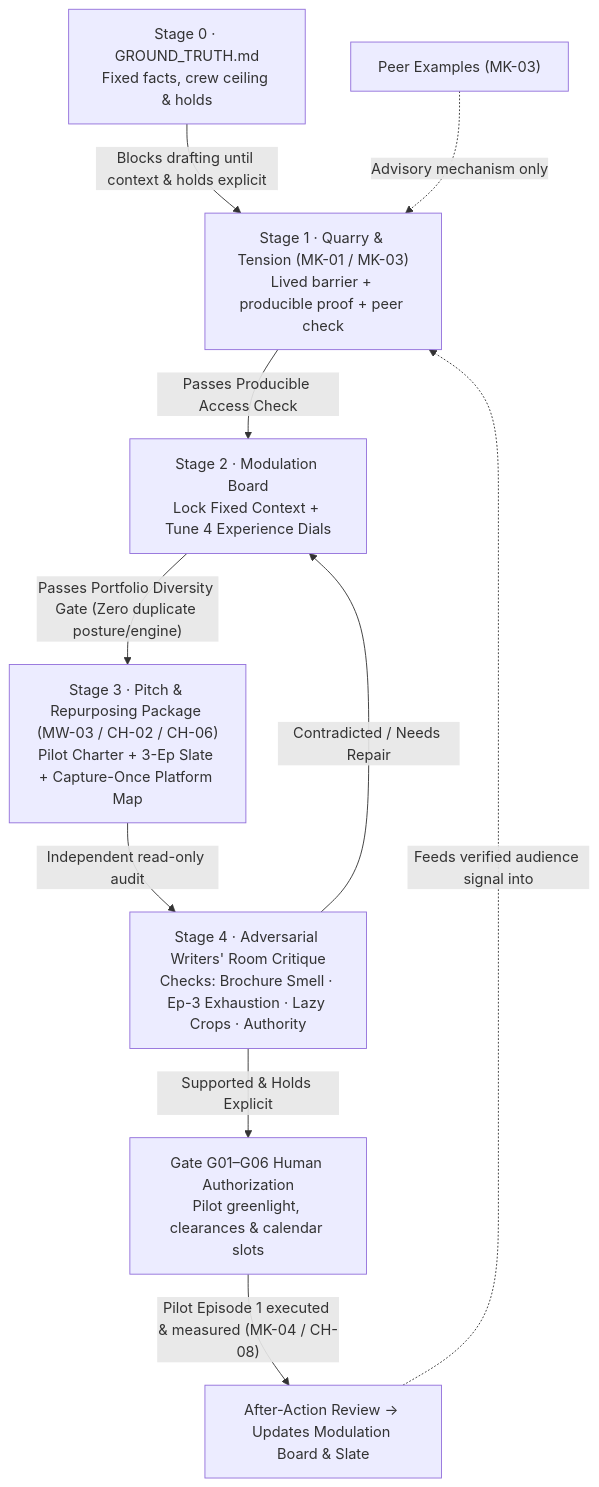
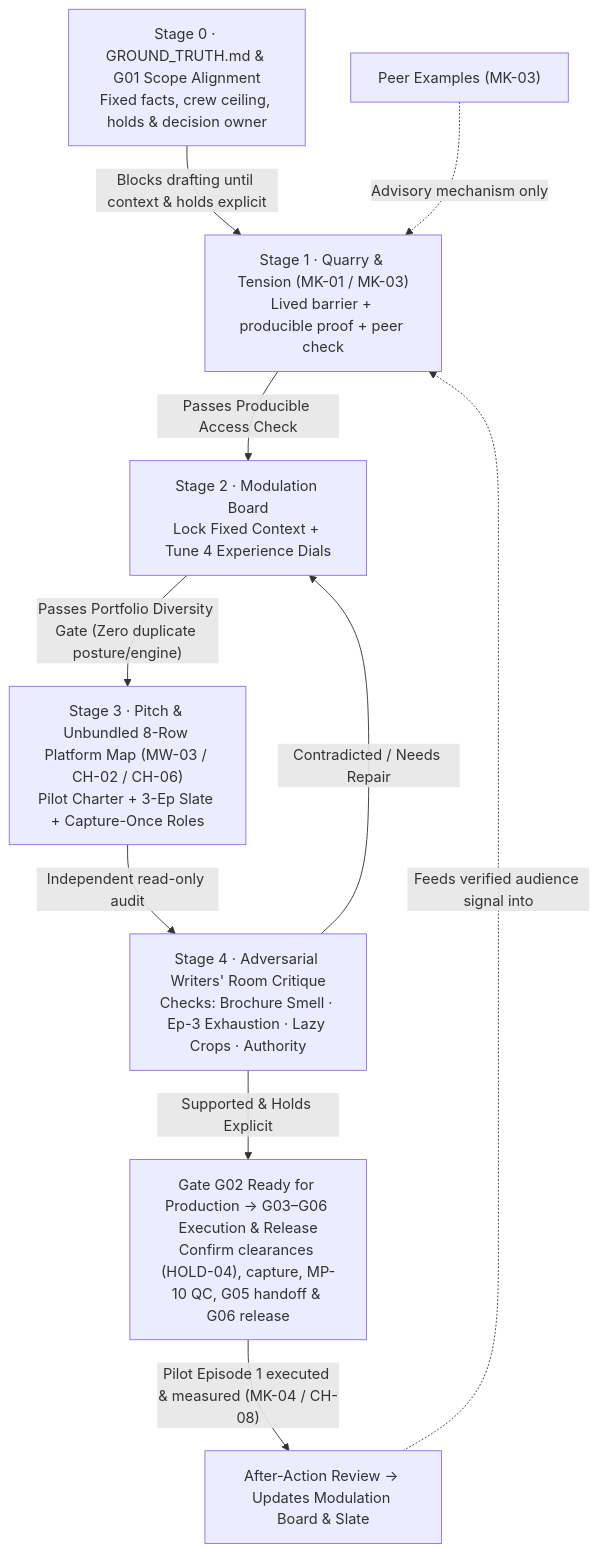
Before and after one commit to guarani-ux/Crucible-Domain: the diagram in Calgary Public Library/youtube-series-pitch/02_modulation_board.md, drawn with Mermaid. The commit also changed other lines of this file and 7 other files, not shown here.

Commit message:
Clear CPL handoff bottlenecks: sync upstream pitch docs and add plain-English colleague briefs

````diff
--- a/Calgary Public Library/youtube-series-pitch/02_modulation_board.md
+++ b/Calgary Public Library/youtube-series-pitch/02_modulation_board.md
@@ -60,12 +60,12 @@
 ```mermaid
 flowchart TD
-    S0["Stage 0 · GROUND_TRUTH.md\nFixed facts, crew ceiling & holds"] -->|"Blocks drafting until context & holds explicit"| S1["Stage 1 · Quarry & Tension (MK-01 / MK-03)\nLived barrier + producible proof + peer check"]
+    S0["Stage 0 · GROUND_TRUTH.md & G01 Scope Alignment\nFixed facts, crew ceiling, holds & decision owner"] -->|"Blocks drafting until context & holds explicit"| S1["Stage 1 · Quarry & Tension (MK-01 / MK-03)\nLived barrier + producible proof + peer check"]
     PEERS["Peer Examples (MK-03)"] -.->|"Advisory mechanism only"| S1
     S1 -->|"Passes Producible Access Check"| S2["Stage 2 · Modulation Board\nLock Fixed Context + Tune 4 Experience Dials"]
-    S2 -->|"Passes Portfolio Diversity Gate (Zero duplicate posture/engine)"| S3["Stage 3 · Pitch & Repurposing Package (MW-03 / CH-02 / CH-06)\nPilot Charter + 3-Ep Slate + Capture-Once Platform Map"]
+    S2 -->|"Passes Portfolio Diversity Gate (Zero duplicate posture/engine)"| S3["Stage 3 · Pitch & Unbundled 8-Row Platform Map (MW-03 / CH-02 / CH-06)\nPilot Charter + 3-Ep Slate + Capture-Once Roles"]
     S3 -->|"Independent read-only audit"| S4["Stage 4 · Adversarial Writers' Room Critique\nChecks: Brochure Smell · Ep-3 Exhaustion · Lazy Crops · Authority"]
     S4 -->|"Contradicted / Needs Repair"| S2
-    S4 -->|"Supported & Holds Explicit"| G01["Gate G01–G06 Human Authorization\nPilot greenlight, clearances & calendar slots"]
-    G01 -->|"Pilot Episode 1 executed & measured (MK-04 / CH-08)"| LEARN["After-Action Review -> Updates Modulation Board & Slate"]
+    S4 -->|"Supported & Holds Explicit"| G02["Gate G02 Ready for Production -> G03–G06 Execution & Release\nConfirm clearances (HOLD-04), capture, MP-10 QC, G05 handoff & G06 release"]
+    G02 -->|"Pilot Episode 1 executed & measured (MK-04 / CH-08)"| LEARN["After-Action Review -> Updates Modulation Board & Slate"]
     LEARN -.->|"Feeds verified audience signal into"| S1
 ```
````
